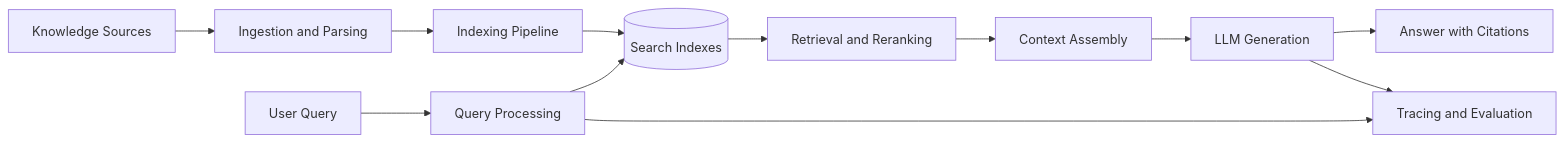
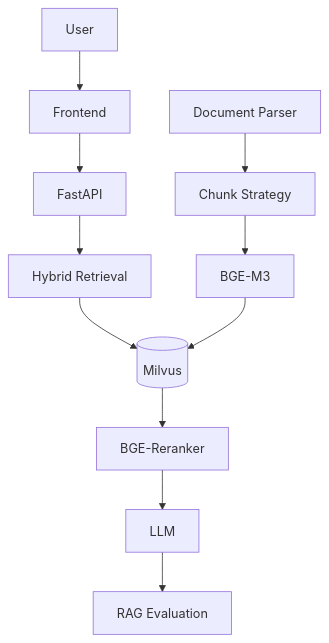
One commit to luy313412-web/luy313412-web.github.io changed the diagram in docs/projects/enterprise-rag.md. Above: the diagram before and after it, drawn with Mermaid. The commit also changed other lines of this file, not shown here.

Commit message:
update enterprise rag documentation

````diff
--- a/docs/projects/enterprise-rag.md
+++ b/docs/projects/enterprise-rag.md
@@ -46,14 +35,32 @@
-```mermaid
-flowchart LR
-    A[Knowledge Sources] --> B[Ingestion and Parsing]
-    B --> C[Indexing Pipeline]
-    C --> D[(Search Indexes)]
-    E[User Query] --> F[Query Processing]
-    F --> D
-    D --> G[Retrieval and Reranking]
-    G --> H[Context Assembly]
-    H --> I[LLM Generation]
-    I --> J[Answer with Citations]
-    F --> K[Tracing and Evaluation]
-    I --> K
+``` mermaid
+flowchart TB
+
+User[User]
+Frontend[Frontend]
+API[FastAPI]
+
+Parser[Document Parser]
+Chunk[Chunk Strategy]
+Embedding[BGE-M3]
+VectorDB[(Milvus)]
+
+Retriever[Hybrid Retrieval]
+Reranker[BGE-Reranker]
+LLM[LLM]
+
+Evaluator[RAG Evaluation]
+
+User --> Frontend
+Frontend --> API
+API --> Retriever
+
+Retriever --> VectorDB
+VectorDB --> Reranker
+Reranker --> LLM
+
+Parser --> Chunk
+Chunk --> Embedding
+Embedding --> VectorDB
+
+LLM --> Evaluator
 ```
````
